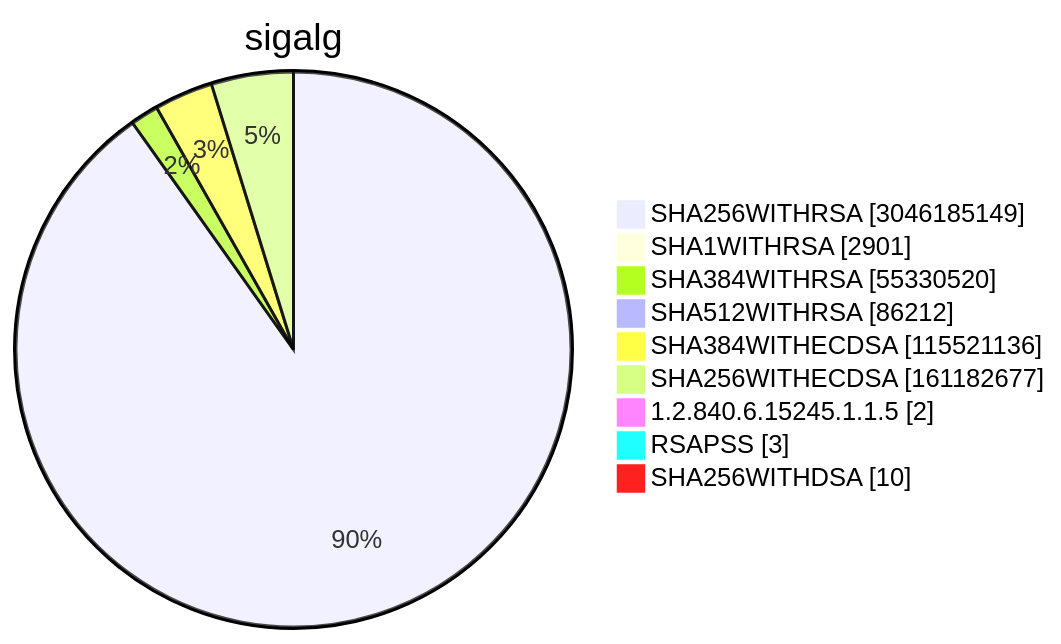
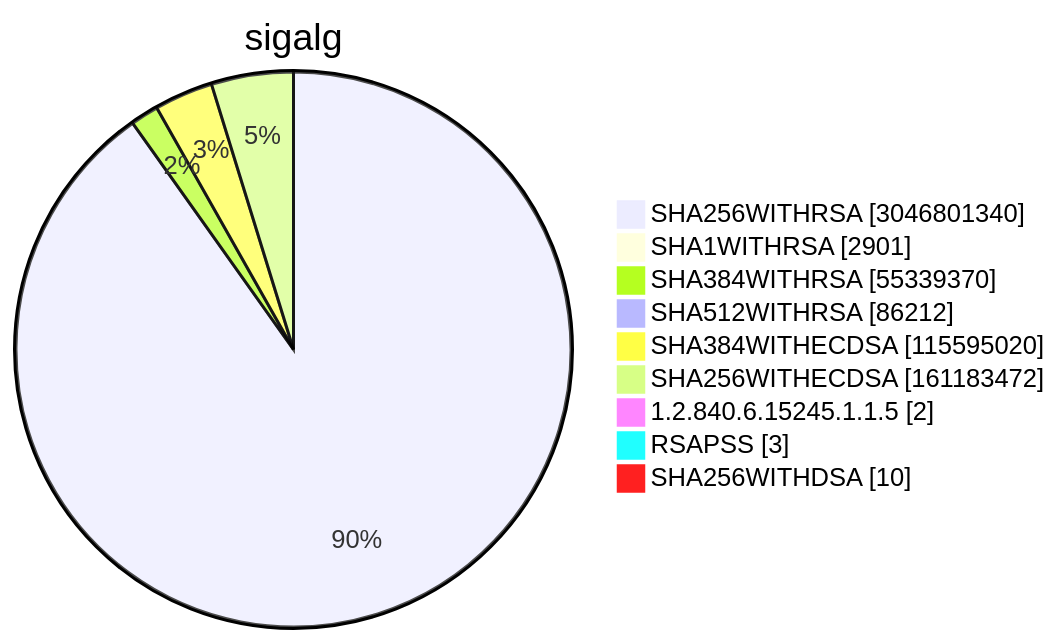
Diagram 15 of 15 in TOTAL/README.md (christiankrug/ctmonitor_visualization), drawn with Mermaid before and after one commit. The commit also changed other lines of this file, not shown here.

````diff
--- a/TOTAL/README.md
+++ b/TOTAL/README.md
@@ -6208,13 +6208,13 @@
 ```mermaid
 pie showData
 title sigalg
-"SHA256WITHRSA" :3046185149
+"SHA256WITHRSA" :3046801340
 "SHA1WITHRSA" :2901
-"SHA384WITHRSA" :55330520
+"SHA384WITHRSA" :55339370
 "SHA512WITHRSA" :86212
-"SHA384WITHECDSA" :115521136
-"SHA256WITHECDSA" :161182677
+"SHA384WITHECDSA" :115595020
+"SHA256WITHECDSA" :161183472
 "1.2.840.6.15245.1.1.5" :2
 "RSAPSS" :3
 "SHA256WITHDSA" :10
 ```
````
